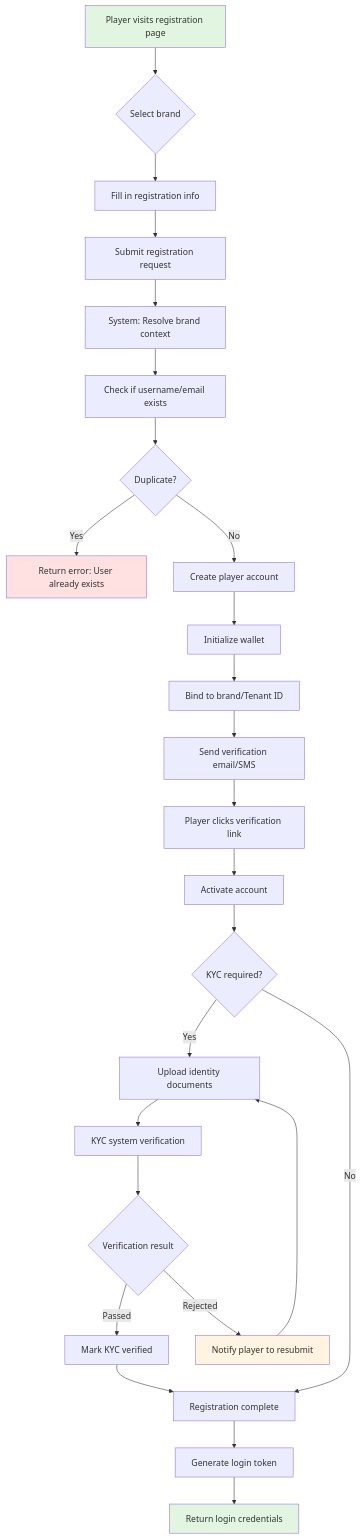
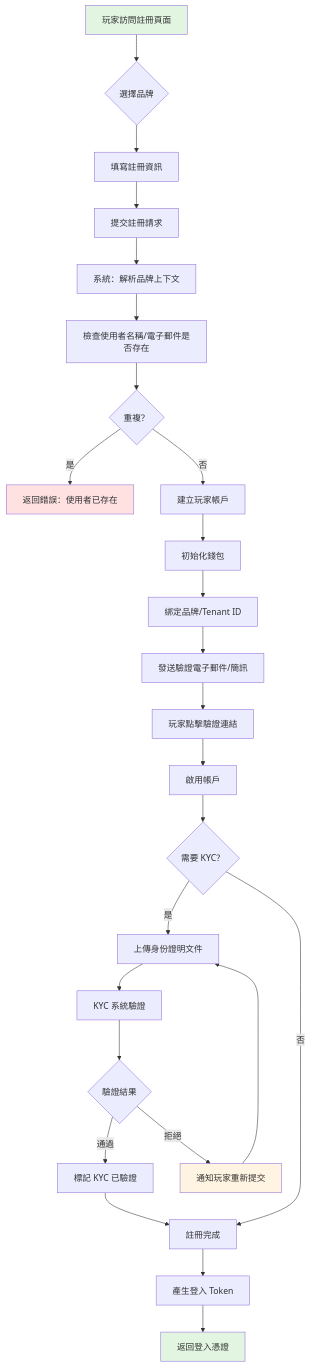
Before and after one commit to ron03wlb/smart-admin: the first of 6 diagrams in docs/iGaming/requirements/01_Player_Experience/Business_Flows.md, drawn with Mermaid. The commit also changed other lines of this file and 4 other files, not shown here.

````diff
--- a/docs/iGaming/requirements/01_Player_Experience/Business_Flows.md
+++ b/docs/iGaming/requirements/01_Player_Experience/Business_Flows.md
@@ -72,41 +72,41 @@
 ```mermaid
 flowchart TD
-    A[Player visits registration page] --> B{Select brand}
-    B --> C[Fill in registration info]
-    C --> D[Submit registration request]
+    A[玩家訪問註冊頁面] --> B{選擇品牌}
+    B --> C[填寫註冊資訊]
+    C --> D[提交註冊請求]
 
-    D --> E[System: Resolve brand context]
-    E --> F[Check if username/email exists]
-    F --> G{Duplicate?}
+    D --> E[系統：解析品牌上下文]
+    E --> F[檢查使用者名稱/電子郵件是否存在]
+    F --> G{重複？}
 
-    G -->|Yes| H[Return error: User already exists]
-    G -->|No| I[Create player account]
+    G -->|是| H[返回錯誤：使用者已存在]
+    G -->|否| I[建立玩家帳戶]
 
-    I --> J[Initialize wallet]
-    J --> K[Bind to brand/Tenant ID]
-    K --> L[Send verification email/SMS]
+    I --> J[初始化錢包]
+    J --> K[綁定品牌/Tenant ID]
+    K --> L[發送驗證電子郵件/簡訊]
 
-    L --> M[Player clicks verification link]
-    M --> N[Activate account]
+    L --> M[玩家點擊驗證連結]
+    M --> N[啟用帳戶]
 
-    N --> O{KYC required?}
-    O -->|Yes| P[Upload identity documents]
-    O -->|No| Q[Registration complete]
+    N --> O{需要 KYC？}
+    O -->|是| P[上傳身份證明文件]
+    O -->|否| Q[註冊完成]
 
-    P --> R[KYC system verification]
-    R --> S{Verification result}
+    P --> R[KYC 系統驗證]
+    R --> S{驗證結果}
 
-    S -->|Passed| T[Mark KYC verified]
-    S -->|Rejected| U[Notify player to resubmit]
+    S -->|通過| T[標記 KYC 已驗證]
+    S -->|拒絕| U[通知玩家重新提交]
 
     T --> Q
     U --> P
 
-    Q --> V[Generate login token]
-    V --> W[Return login credentials]
+    Q --> V[產生登入 Token]
+    V --> W[返回登入憑證]
 
     style A fill:#e1f5e1
     style W fill:#e1f5e1
     style H fill:#ffe1e1
     style U fill:#fff4e1
 ```
````
